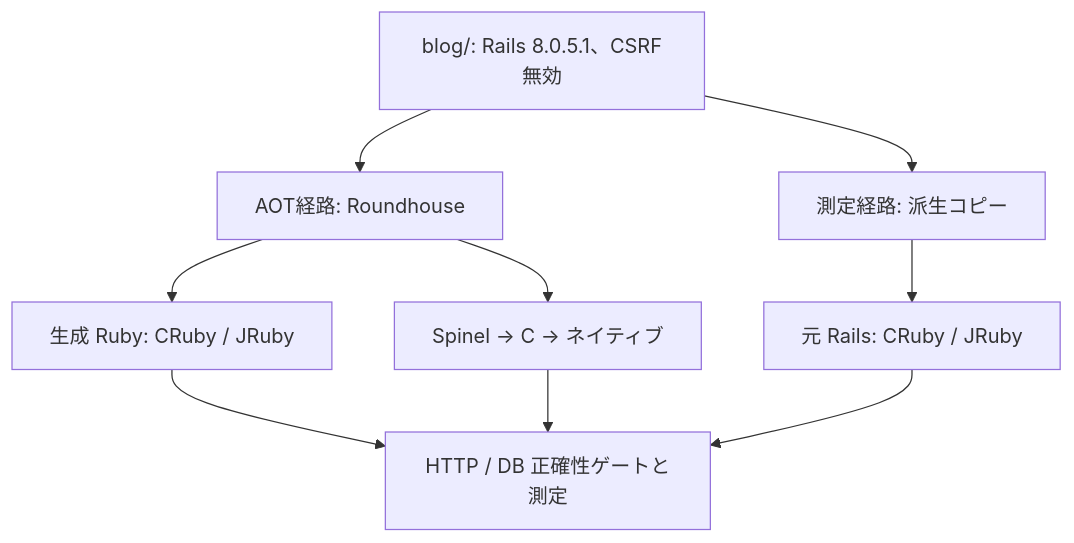
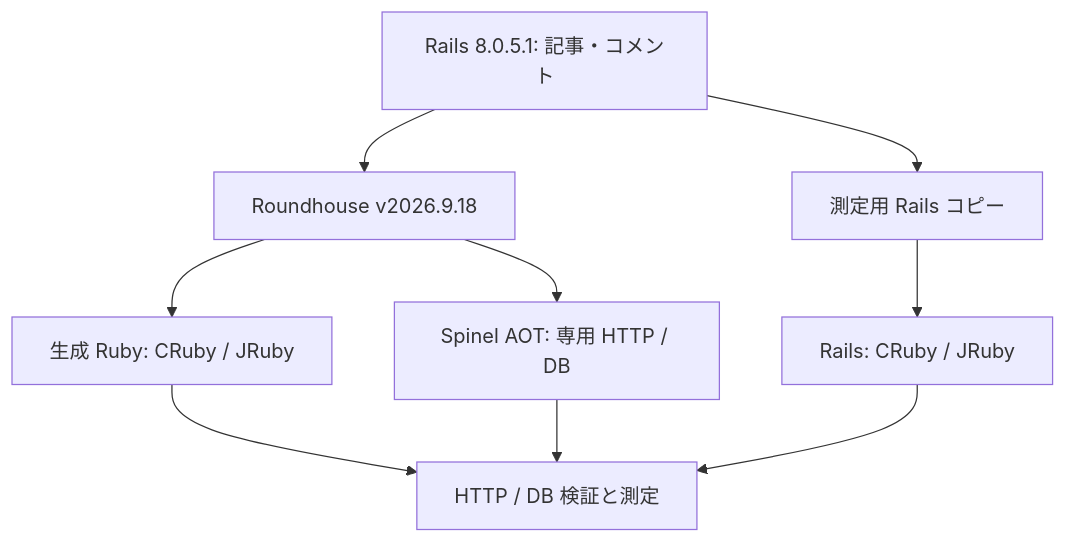
One commit to koduki/example-rails-aot changed the first of 3 diagrams in docs/roundhouse-rails-jit-aot-report.md. Above: the diagram before and after it, drawn with Mermaid. The commit also changed other lines of this file, not shown here.

Commit message:
Rewrite JIT/AOT report as standalone analysis

```diff
--- a/docs/roundhouse-rails-jit-aot-report.md
+++ b/docs/roundhouse-rails-jit-aot-report.md
@@ -26,11 +23,11 @@
 ~~~mermaid
 flowchart TD
-    A["blog/: Rails 8.0.5.1、CSRF無効"] --> B["AOT経路: Roundhouse"]
-    A --> C["測定経路: 派生コピー"]
+    A["Rails 8.0.5.1: 記事・コメント"] --> B["Roundhouse v2026.9.18"]
+    A --> C["測定用 Rails コピー"]
     B --> D["生成 Ruby: CRuby / JRuby"]
-    B --> E["Spinel → C → ネイティブ"]
-    C --> F["元 Rails: CRuby / JRuby"]
-    D --> G["HTTP / DB 正確性ゲートと測定"]
+    B --> E["Spinel AOT: 専用 HTTP / DB"]
+    C --> F["Rails: CRuby / JRuby"]
+    D --> G["HTTP / DB 検証と測定"]
     E --> G
     F --> G
 ~~~
```
